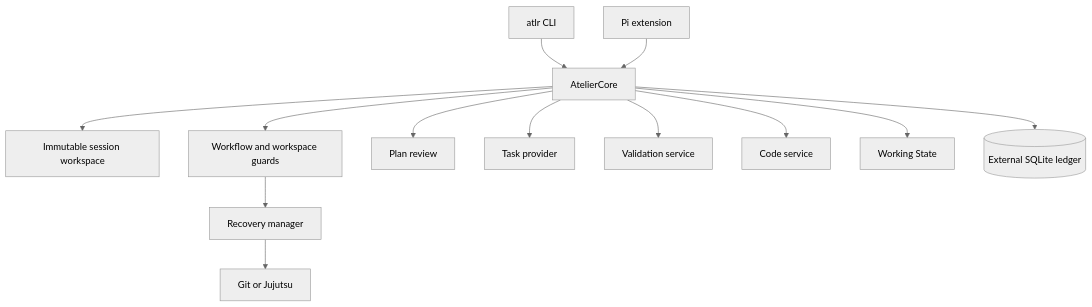
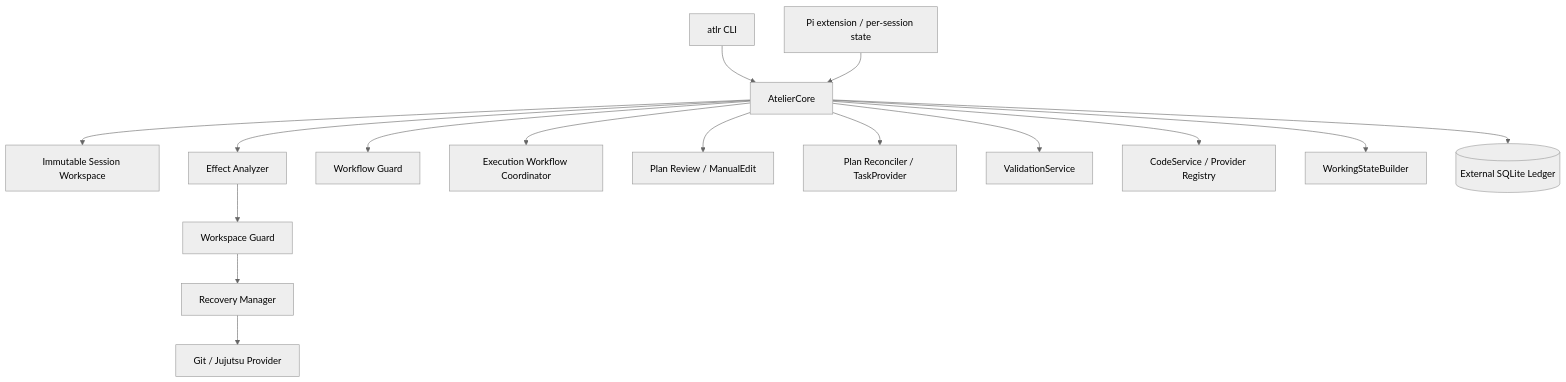
One commit to RobertDeRose/atelier changed the first of 4 diagrams in docs/src/architecture/index.md. Above: the diagram before and after it, drawn with Mermaid (neutral theme). The commit also changed other lines of this file and 90 other files, not shown here.

````diff
--- a/docs/src/architecture/index.md
+++ b/docs/src/architecture/index.md
@@ -18,15 +52,18 @@
 ```mermaid
 flowchart TD
     CLI[atlr CLI] --> Core[AtelierCore]
-    Pi[Pi extension] --> Core
-    Core --> Workspace[Immutable session workspace]
-    Core --> Guard[Workflow and workspace guards]
-    Guard --> Recovery[Recovery manager]
-    Recovery --> VCS[Git or Jujutsu]
-    Core --> Review[Plan review]
-    Core --> Tasks[Task provider]
-    Core --> Validation[Validation service]
-    Core --> Code[Code service]
-    Core --> State[Working State]
-    Core --> Ledger[(External SQLite ledger)]
+    Pi[Pi extension / per-session state] --> Core
+    Core --> Workspace[Immutable Session Workspace]
+    Core --> Effects[Effect Analyzer]
+    Effects --> Guard[Workspace Guard]
+    Guard --> Recovery[Recovery Manager]
+    Recovery --> VCS[Git / Jujutsu Provider]
+    Core --> Flow[Workflow Guard]
+    Core --> Exec[Execution Workflow Coordinator]
+    Core --> Review[Plan Review / ManualEdit]
+    Core --> Tasks[Plan Reconciler / TaskProvider]
+    Core --> Validation[ValidationService]
+    Core --> Code[CodeService / Provider Registry]
+    Core --> State[WorkingStateBuilder]
+    Core --> Ledger[(External SQLite Ledger)]
 ```
````
